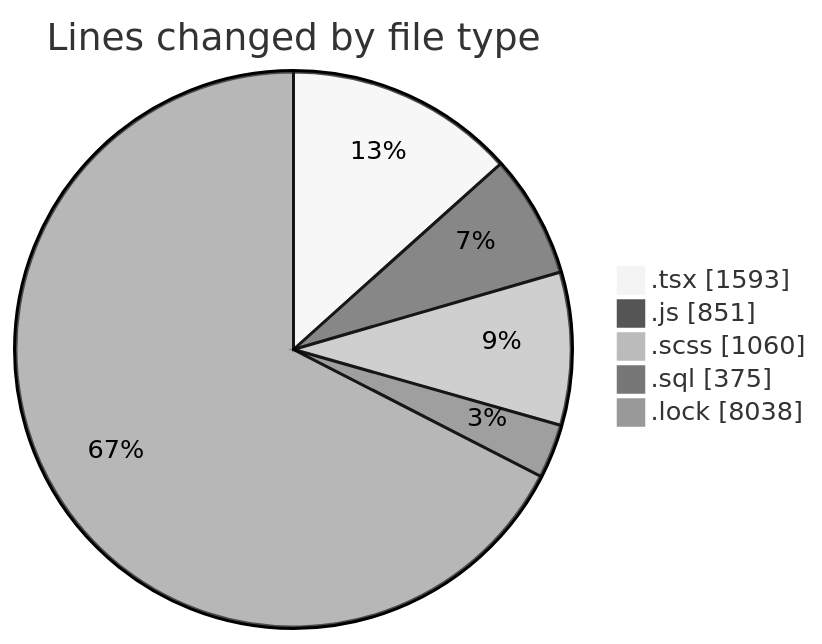
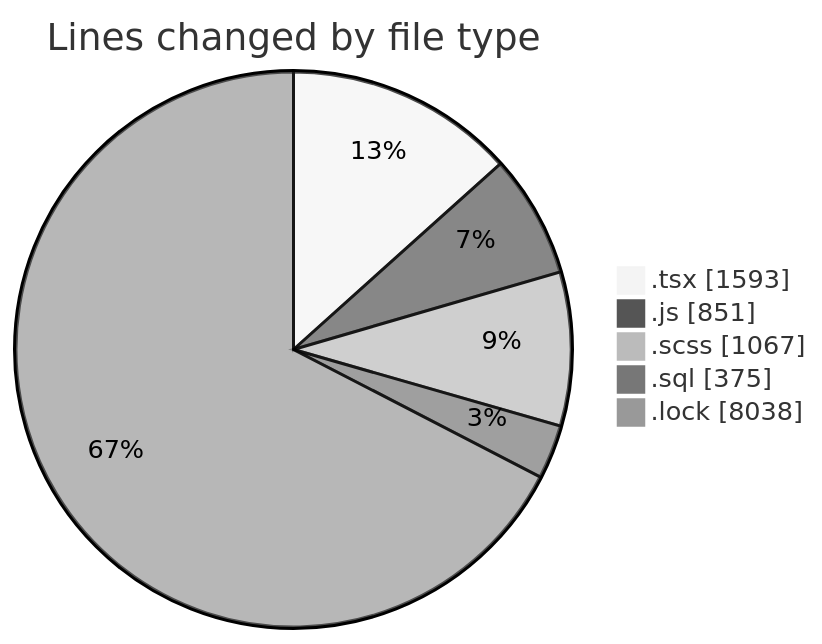
One commit to momahboobian/code-tracking changed the first of 2 diagrams in 2025-03-18/cda/README.md. Above: the diagram before and after it, drawn with Mermaid (neutral theme). The commit also changed other lines of this file and 1 other file, not shown here.

````diff
--- a/2025-03-18/cda/README.md
+++ b/2025-03-18/cda/README.md
@@ -32,9 +32,9 @@
 ```mermaid
 pie showData
 title Lines changed by file type
 ".tsx" : 1593
 ".js" : 851
-".scss" : 1060
+".scss" : 1067
 ".sql" : 375
 ".lock" : 8038
 ```
````
